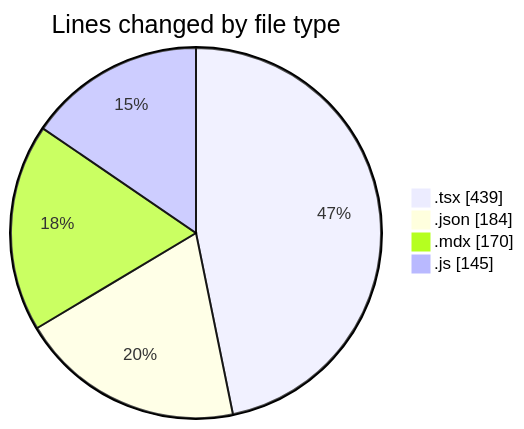
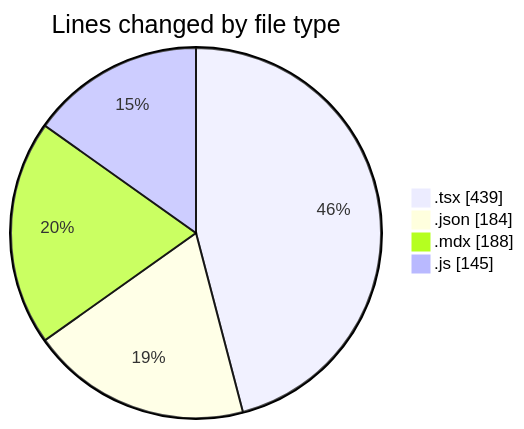
Before and after one commit to momahboobian/code-tracking: the first of 2 diagrams in 2026-01-12/cda/README.md, drawn with Mermaid. The commit also changed other lines of this file and 1 other file, not shown here.

````diff
--- a/2026-01-12/cda/README.md
+++ b/2026-01-12/cda/README.md
@@ -23,8 +23,8 @@
 ```mermaid
 pie showData
 title Lines changed by file type
 ".tsx" : 439
 ".json" : 184
-".mdx" : 170
+".mdx" : 188
 ".js" : 145
 ```
````
